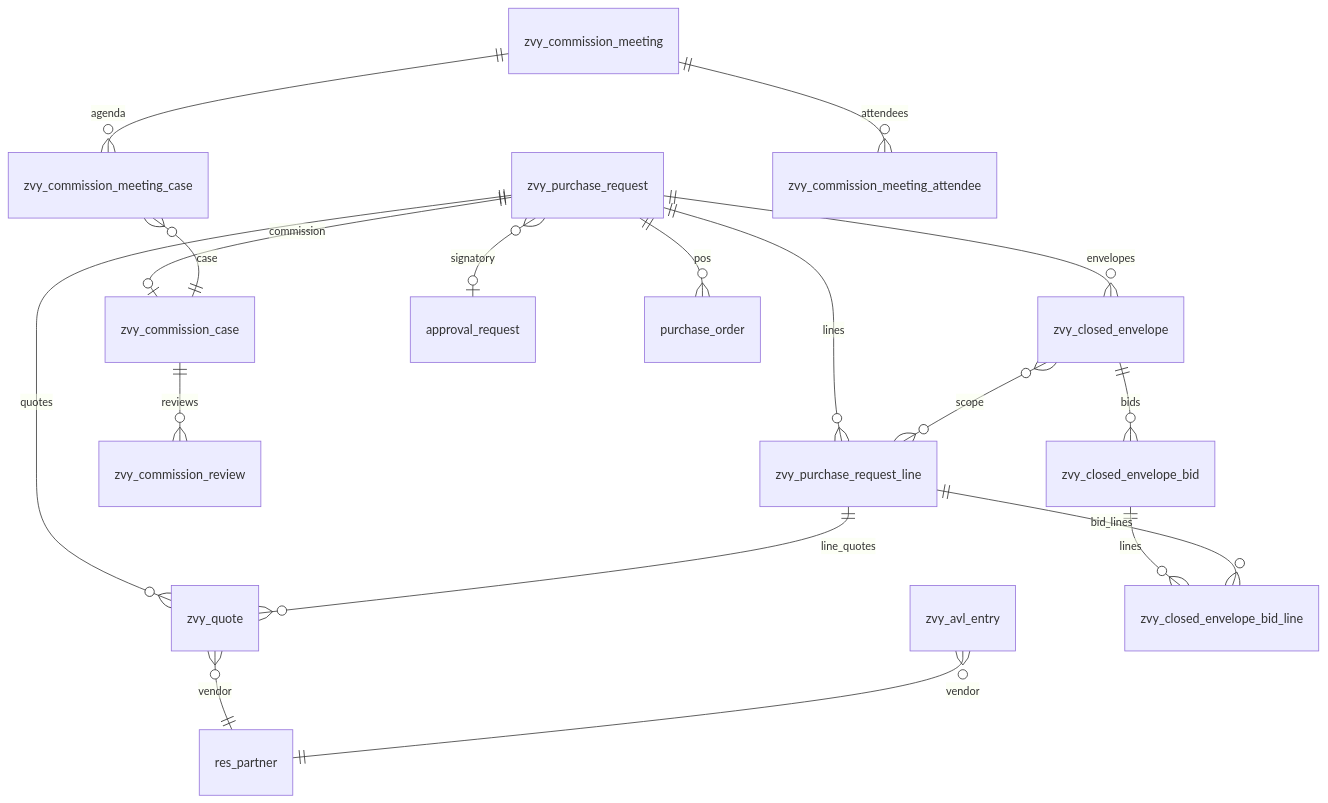
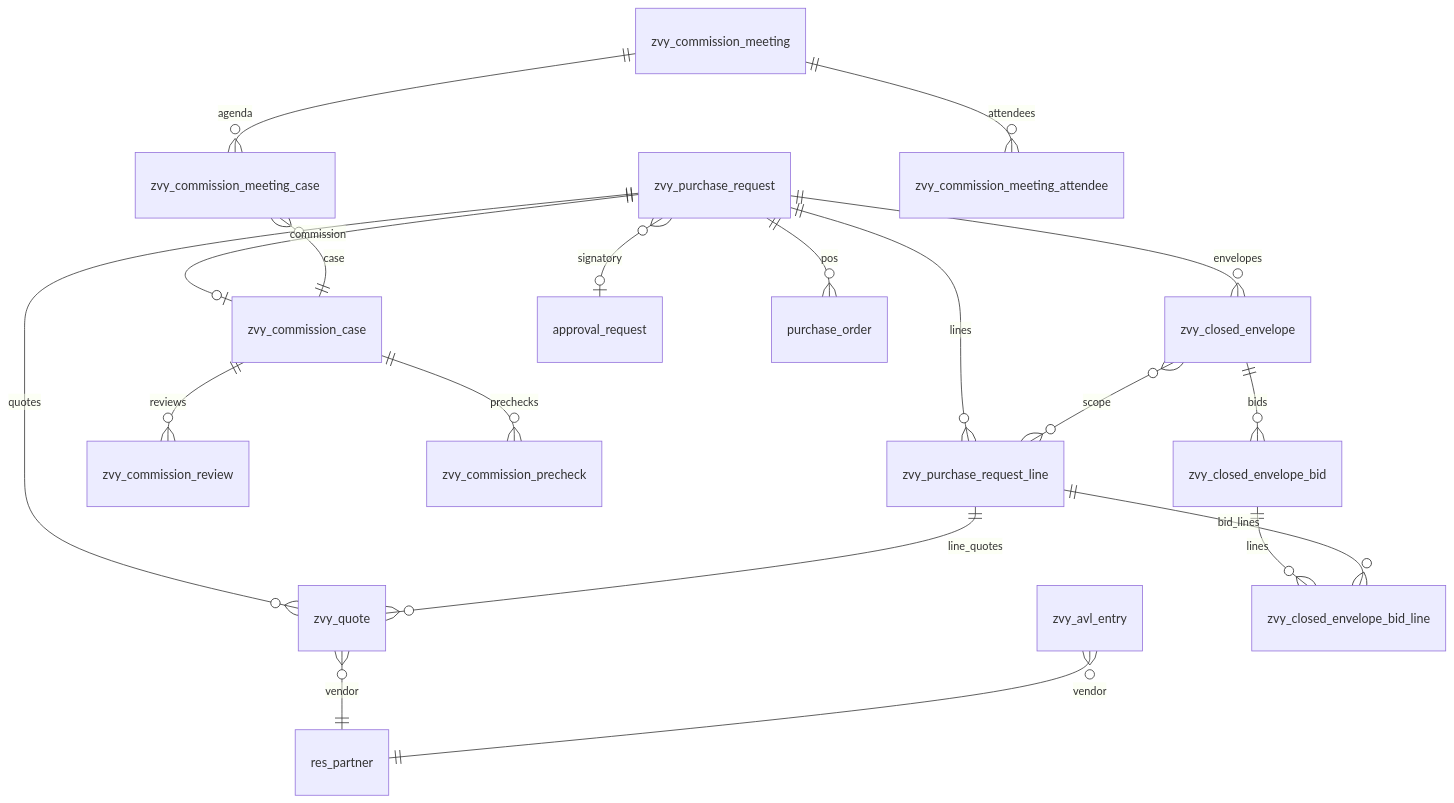
Before and after one commit to MohamadAzarifar/odoo-18-mammut: the first of 2 diagrams in odoo/addons-mammut/zvy_tendering/Architecture.md, drawn with Mermaid. The commit also changed other lines of this file and 17 other files, not shown here.

````diff
--- a/odoo/addons-mammut/zvy_tendering/Architecture.md
+++ b/odoo/addons-mammut/zvy_tendering/Architecture.md
@@ -103,20 +105,21 @@
 ```mermaid
 erDiagram
     zvy_purchase_request ||--o{ zvy_purchase_request_line : lines
     zvy_purchase_request ||--o{ zvy_quote : quotes
     zvy_purchase_request_line ||--o{ zvy_quote : line_quotes
     zvy_quote }o--|| res_partner : vendor
     zvy_avl_entry }o--|| res_partner : vendor
     zvy_purchase_request ||--o| zvy_commission_case : commission
     zvy_commission_case ||--o{ zvy_commission_review : reviews
+    zvy_commission_case ||--o{ zvy_commission_precheck : prechecks
     zvy_commission_meeting ||--o{ zvy_commission_meeting_case : agenda
     zvy_commission_meeting ||--o{ zvy_commission_meeting_attendee : attendees
     zvy_commission_meeting_case }o--|| zvy_commission_case : case
     zvy_purchase_request ||--o{ zvy_closed_envelope : envelopes
     zvy_closed_envelope }o--o{ zvy_purchase_request_line : scope
     zvy_closed_envelope ||--o{ zvy_closed_envelope_bid : bids
     zvy_closed_envelope_bid ||--o{ zvy_closed_envelope_bid_line : lines
     zvy_purchase_request_line ||--o{ zvy_closed_envelope_bid_line : bid_lines
     zvy_purchase_request }o--o| approval_request : signatory
     zvy_purchase_request ||--o{ purchase_order : pos
 ```
````
